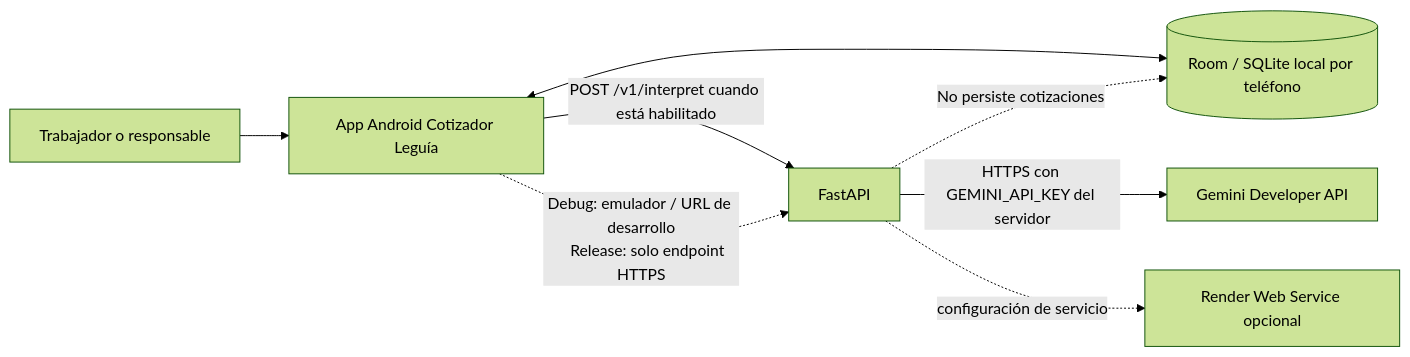
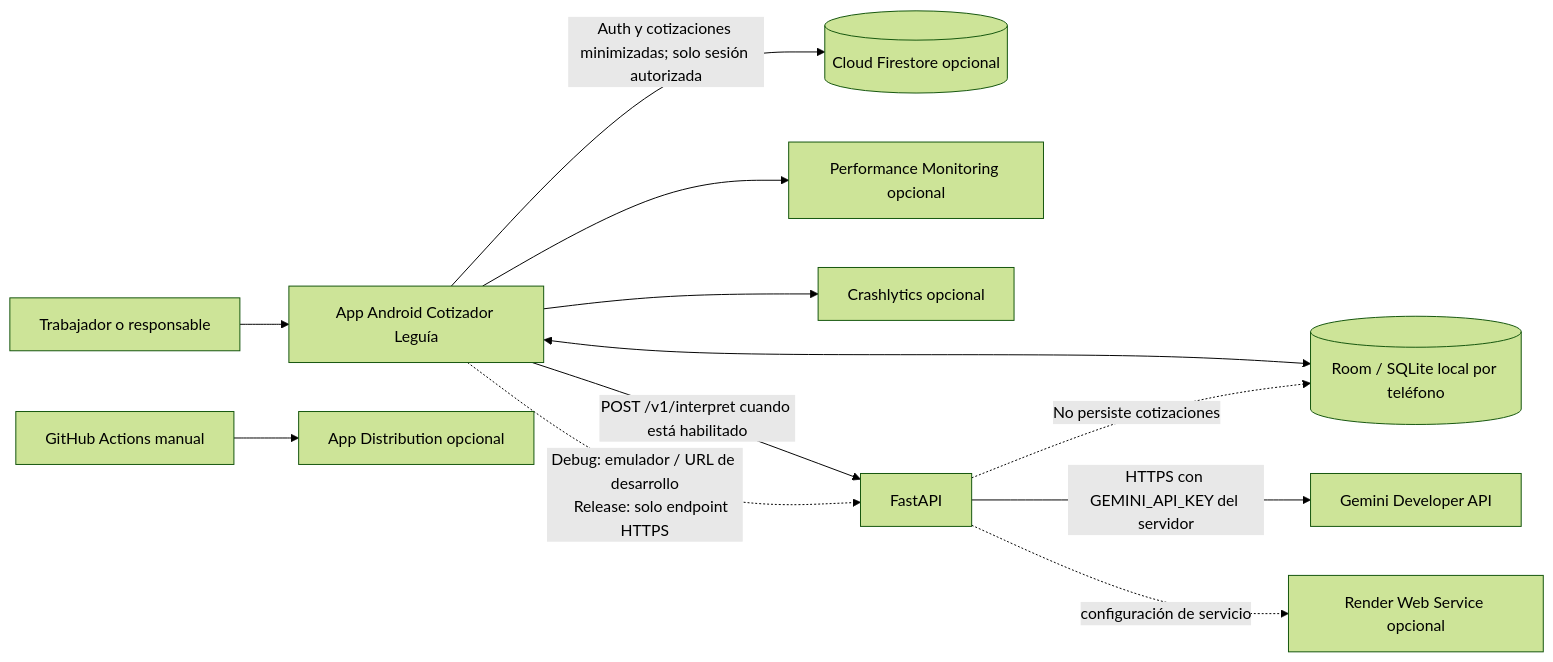
Before and after one commit to Pool-NS/CotizadorLeguaIA: the first of 4 diagrams in docs/tesis/02_arquitectura.md, drawn with Mermaid (forest theme). The commit also changed other lines of this file and 32 other files, not shown here.

````diff
--- a/docs/tesis/02_arquitectura.md
+++ b/docs/tesis/02_arquitectura.md
@@ -7,11 +7,15 @@
 ```mermaid
 flowchart LR
     U[Trabajador o responsable] --> APP[App Android Cotizador Leguía]
     APP <--> ROOM[(Room / SQLite local por teléfono)]
+    APP -->|Auth y cotizaciones minimizadas; solo sesión autorizada| FB[(Cloud Firestore opcional)]
+    APP --> PERF[Performance Monitoring opcional]
+    APP --> CRASH[Crashlytics opcional]
+    CI[GitHub Actions manual] --> DIST[App Distribution opcional]
     APP -->|POST /v1/interpret cuando está habilitado| API[FastAPI]
     API -->|HTTPS con GEMINI_API_KEY del servidor| GEM[Gemini Developer API]
     API -. configuración de servicio .-> R[Render Web Service opcional]
     APP -. Debug: emulador / URL de desarrollo
     Release: solo endpoint HTTPS .-> API
     API -. No persiste cotizaciones .-> ROOM
 ```
````
